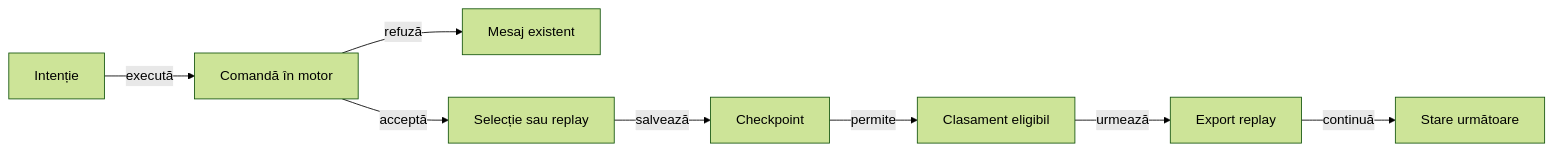
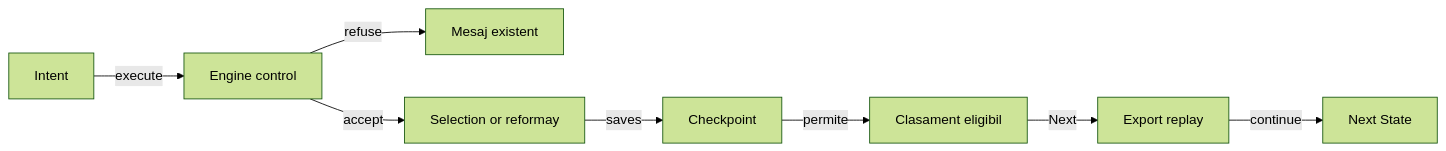
The third of 4 diagrams in whist-lab-app/app/src/main/java/ro/whistlab/app/README.md (crististefanita/atf_j4), drawn with Mermaid (forest theme) before and after one commit. The commit also changed other lines of this file and 122 other files, not shown here.

````diff
--- a/whist-lab-app/app/src/main/java/ro/whistlab/app/README.md
+++ b/whist-lab-app/app/src/main/java/ro/whistlab/app/README.md
@@ -179,10 +179,10 @@
 ```mermaid
 flowchart LR
-    INTENT[Intenție] -->|execută| COMMAND[Comandă în motor]
-    COMMAND -->|refuză| REJECT[Mesaj existent]
-    COMMAND -->|acceptă| LOCAL[Selecție sau replay]
-    LOCAL -->|salvează| CHECKPOINT[Checkpoint]
+    INTENT[Intent] -->|execute| COMMAND[Engine control]
+    COMMAND -->|refuse| REJECT[Mesaj existent]
+    COMMAND -->|accept| LOCAL[Selection or reformay]
+    LOCAL -->|saves| CHECKPOINT[Checkpoint]
     CHECKPOINT -->|permite| RANK[Clasament eligibil]
-    RANK -->|urmează| EXPORT[Export replay]
-    EXPORT -->|continuă| NEXT[Stare următoare]
+    RANK -->|Next| EXPORT[Export replay]
+    EXPORT -->|continue| NEXT[Next State]
 ```
````
